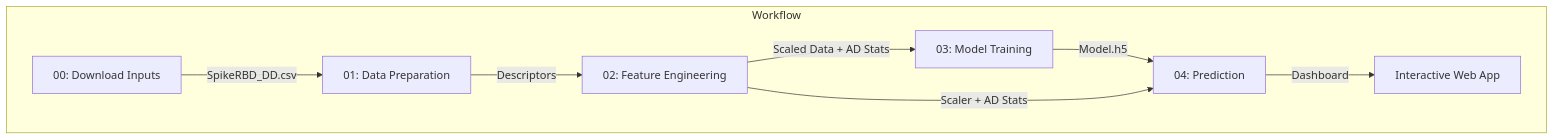
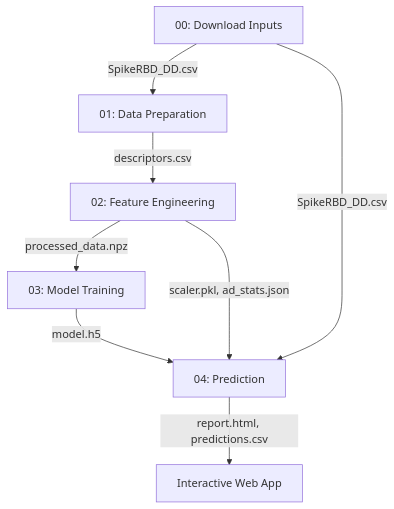
The diagram in workflows/workflow-005/README.md (chiral-data/collab-workflows), drawn with Mermaid before and after one commit. The commit also changed other lines of this file and 2 other files, not shown here.

First line of the commit message:
docs(workflow-014,005,016): update READMEs to standard template

````diff
--- a/workflows/workflow-005/README.md
+++ b/workflows/workflow-005/README.md
@@ -24,11 +31,10 @@
 ```mermaid
 graph TD
-    subgraph Workflow
-        N0["00: Download Inputs"] -->|"SpikeRBD_DD.csv"| N1["01: Data Preparation"]
-        N1 -->|Descriptors| N2["02: Feature Engineering"]
-        N2 -->|"Scaled Data + AD Stats"| N3["03: Model Training"]
-        N3 -->|"Model.h5"| N4["04: Prediction"]
-        N2 -->|"Scaler + AD Stats"| N4
-        N4 -->|Dashboard| WebApp["Interactive Web App"]
-    end
+    N0["00: Download Inputs"] -->|SpikeRBD_DD.csv| N1["01: Data Preparation"]
+    N1 -->|descriptors.csv| N2["02: Feature Engineering"]
+    N2 -->|processed_data.npz| N3["03: Model Training"]
+    N3 -->|model.h5| N4["04: Prediction"]
+    N2 -->|scaler.pkl, ad_stats.json| N4
+    N0 -->|SpikeRBD_DD.csv| N4
+    N4 -->|report.html, predictions.csv| Dashboard["Interactive Web App"]
 ```
````
